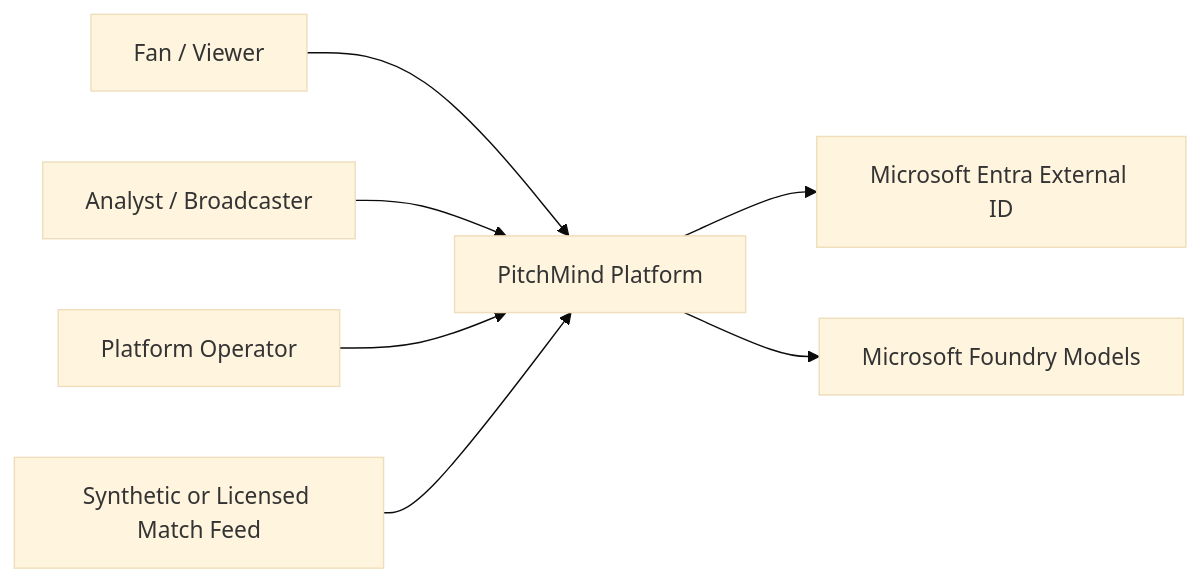
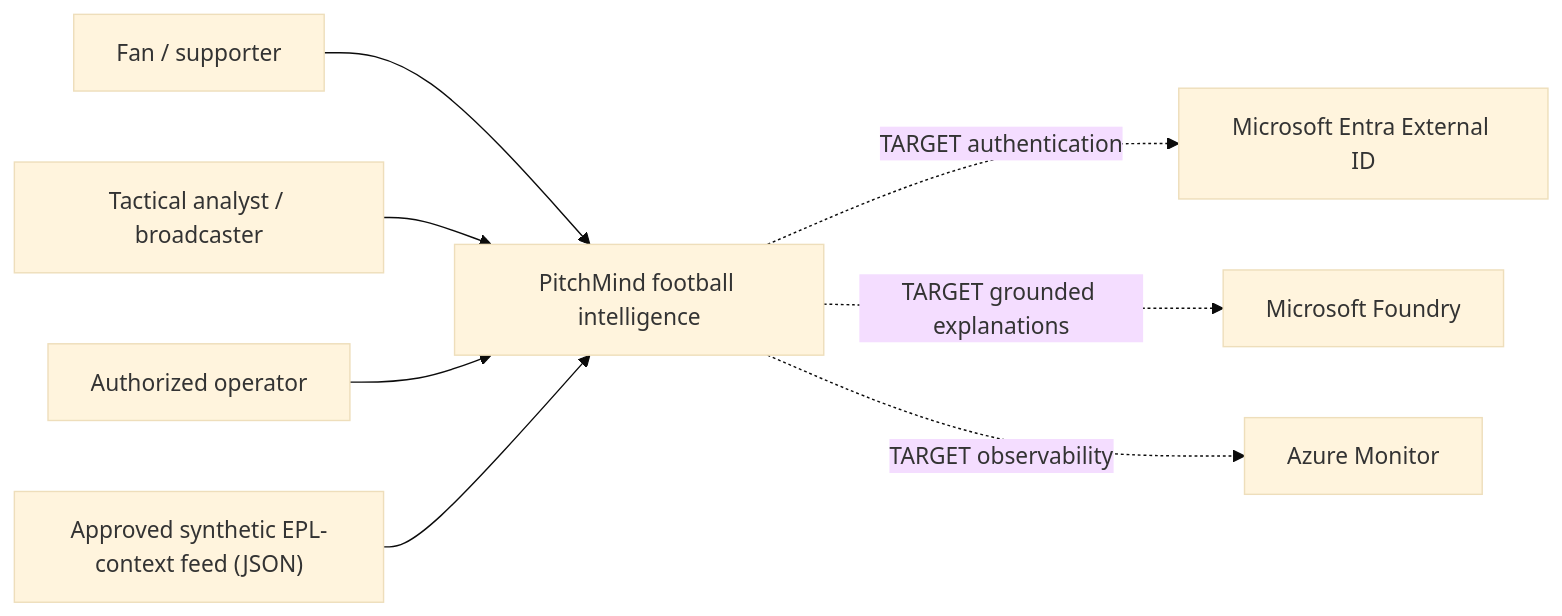
The diagram in docs/architecture/01-system-context.md (prateekgangopadhyay/PitchMind), drawn with Mermaid (base theme) before and after one commit. The commit also changed other lines of this file and 4 other files, not shown here.

Commit message:
docs(architecture): separate observed and target C4 with explicit trust, data and replay boundaries

````diff
--- a/docs/architecture/01-system-context.md
+++ b/docs/architecture/01-system-context.md
@@ -3,9 +5,10 @@
 ```mermaid
 flowchart LR
-  Fan[Fan / Viewer] --> PM[PitchMind Platform]
-  Analyst[Analyst / Broadcaster] --> PM
-  Operator[Platform Operator] --> PM
-  Feed[Synthetic or Licensed Match Feed] --> PM
-  PM --> Identity[Microsoft Entra External ID]
-  PM --> Foundry[Microsoft Foundry Models]
+  Fan["Fan / supporter"] --> PM["PitchMind football intelligence"]
+  Analyst["Tactical analyst / broadcaster"] --> PM
+  Operator["Authorized operator"] --> PM
+  JSON["Approved synthetic EPL-context feed (JSON)"] --> PM
+  PM -. "TARGET authentication" .-> Entra["Microsoft Entra External ID"]
+  PM -. "TARGET grounded explanations" .-> Foundry["Microsoft Foundry"]
+  PM -. "TARGET observability" .-> Azure["Azure Monitor"]
 ```
````
